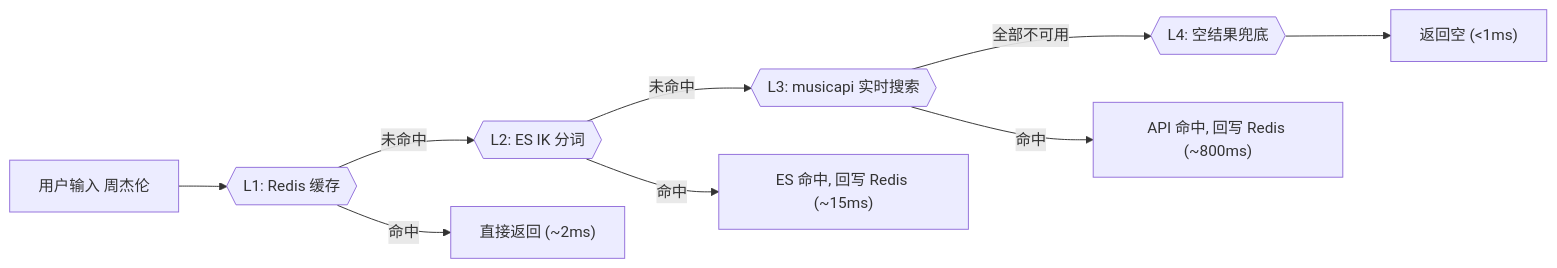
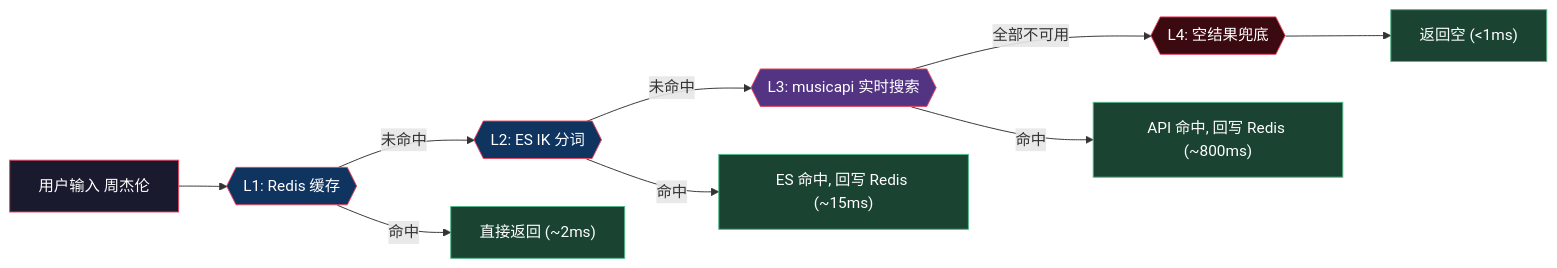
The second of 4 diagrams in README.md (chunren1/vibeMusic), drawn with Mermaid before and after one commit. The commit also changed other lines of this file, not shown here.

Commit message:
恢复彩色Mermaid样式, 去掉✅图标

````diff
--- a/README.md
+++ b/README.md
@@ -138,20 +152,30 @@
 ```mermaid
 flowchart LR
     U["用户输入 周杰伦"]
     L1{{"L1: Redis 缓存"}}
     L2{{"L2: ES IK 分词"}}
     L3{{"L3: musicapi 实时搜索"}}
     L4{{"L4: 空结果兜底"}}
     HIT["直接返回 (~2ms)"]
     ESHIT["ES 命中, 回写 Redis (~15ms)"]
     APIHIT["API 命中, 回写 Redis (~800ms)"]
     EMPTY["返回空 (<1ms)"]
 
     U --> L1
     L1 -- 命中 --> HIT
     L1 -- 未命中 --> L2
     L2 -- 命中 --> ESHIT
     L2 -- 未命中 --> L3
     L3 -- 命中 --> APIHIT
     L3 -- 全部不可用 --> L4 --> EMPTY
+
+    style U fill:#1a1a2e,stroke:#e94560,color:#fff
+    style L1 fill:#0f3460,stroke:#e94560,color:#fff
+    style L2 fill:#0f3460,stroke:#e94560,color:#fff
+    style L3 fill:#533483,stroke:#e94560,color:#fff
+    style L4 fill:#3b0a11,stroke:#e94560,color:#fff
+    style HIT fill:#1b4332,stroke:#52b788,color:#fff
+    style ESHIT fill:#1b4332,stroke:#52b788,color:#fff
+    style APIHIT fill:#1b4332,stroke:#52b788,color:#fff
+    style EMPTY fill:#1b4332,stroke:#52b788,color:#fff
 ```
````
